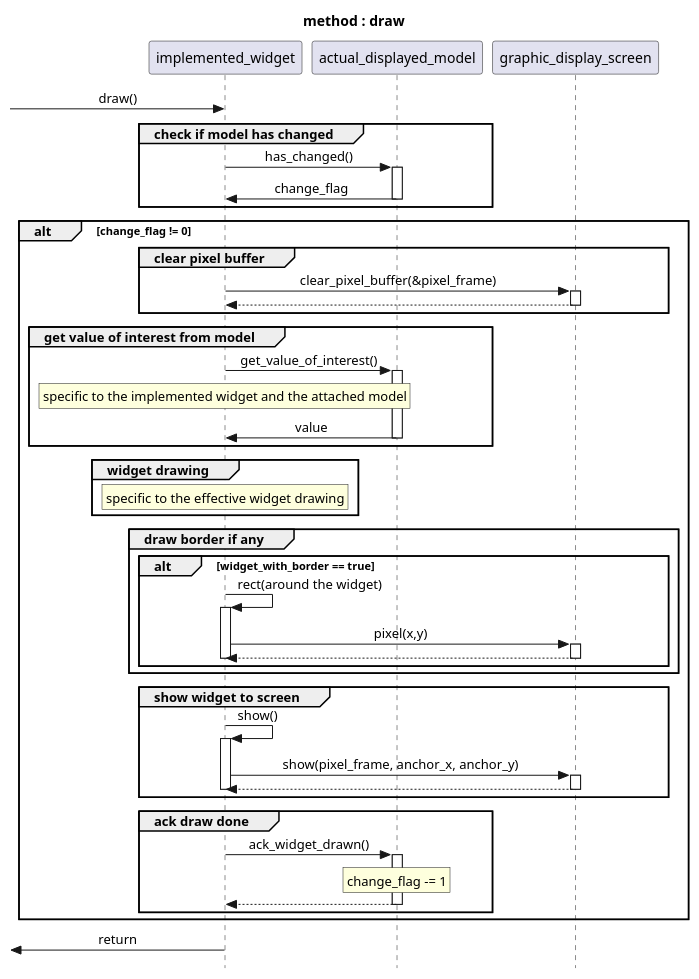
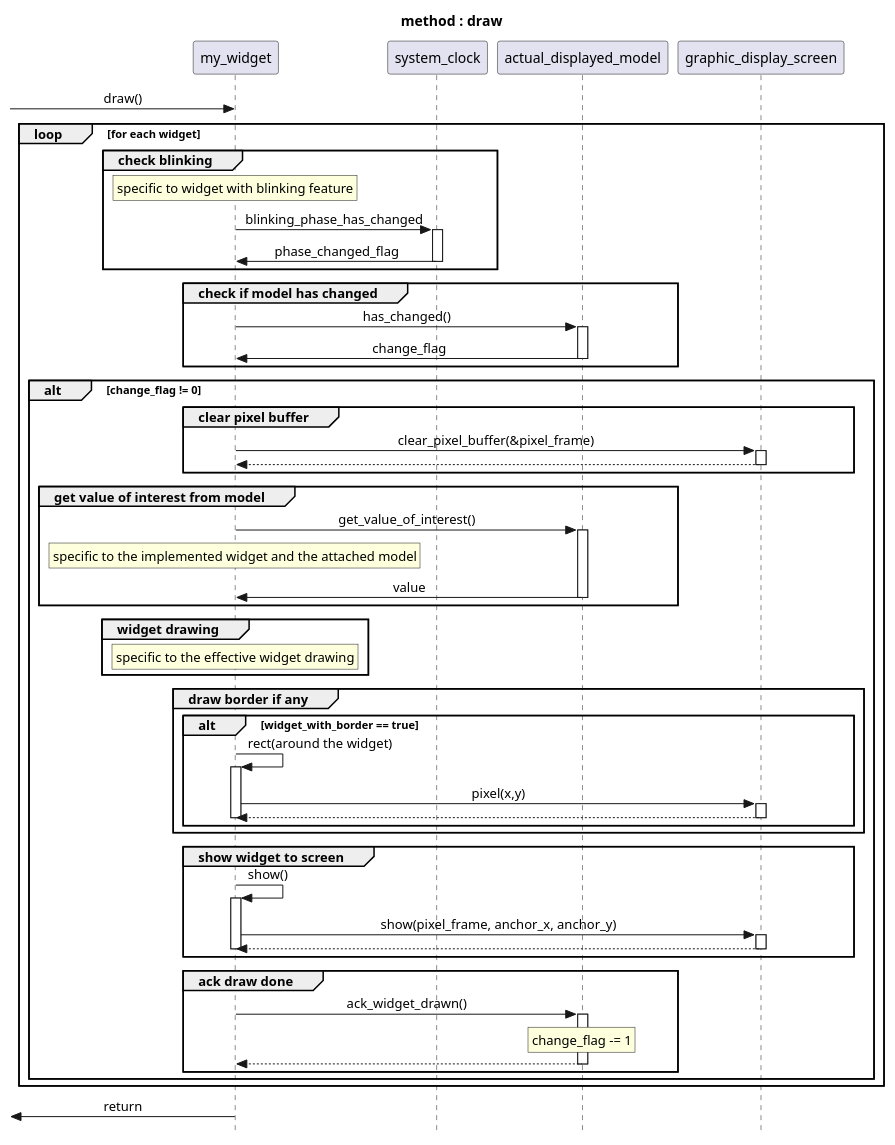
The diagram in docs/uml/draw_if_changed_scenario.puml (xiansnn/CPP_DevKit2), drawn with PlantUML before and after one commit. The commit also changed 1 other file, not shown here.

Commit message:
update uml

```diff
--- a/docs/uml/draw_if_changed_scenario.puml
+++ b/docs/uml/draw_if_changed_scenario.puml
@@ -1,48 +1,58 @@
 @startuml draw
 title method : draw
 skinparam style strictuml
 skinparam SequenceMessageAlignment center
-[-> implemented_widget : draw()
+
+[-> my_widget : draw()
+    
+loop for each widget
+group check blinking
+rnote over my_widget : specific to widget with blinking feature
+my_widget -> system_clock++ : blinking_phase_has_changed
+my_widget <- system_clock-- : phase_changed_flag
+end
+
+
 group check if model has changed
-actual_displayed_model <- implemented_widget ++: has_changed()
-actual_displayed_model -> implemented_widget --: change_flag
+actual_displayed_model <- my_widget ++: has_changed()
+actual_displayed_model -> my_widget --: change_flag
 end
 alt change_flag != 0
 
 group clear pixel buffer
-implemented_widget -> graphic_display_screen ++: clear_pixel_buffer(&pixel_frame)
+my_widget -> graphic_display_screen ++: clear_pixel_buffer(&pixel_frame)
 return
 end
 group get value of interest from model
-actual_displayed_model <- implemented_widget ++: get_value_of_interest()
-rnote over implemented_widget : specific to the implemented widget and the attached model
-actual_displayed_model -> implemented_widget --: value
+actual_displayed_model <- my_widget ++: get_value_of_interest()
+rnote over my_widget : specific to the implemented widget and the attached model
+actual_displayed_model -> my_widget --: value
 end
 group widget drawing
-rnote over implemented_widget : specific to the effective widget drawing
+rnote over my_widget : specific to the effective widget drawing
 end
 
 group draw border if any
 alt widget_with_border == true
-implemented_widget -> implemented_widget ++: rect(around the widget)
-implemented_widget -> graphic_display_screen ++: pixel(x,y)
+my_widget -> my_widget ++: rect(around the widget)
+my_widget -> graphic_display_screen ++: pixel(x,y)
 return
-deactivate implemented_widget
+deactivate my_widget
 end
 end
 group show widget to screen
-implemented_widget-> implemented_widget ++ : show()
-implemented_widget -> graphic_display_screen ++: show(pixel_frame, anchor_x, anchor_y)
+my_widget-> my_widget ++ : show()
+my_widget -> graphic_display_screen ++: show(pixel_frame, anchor_x, anchor_y)
 return
-deactivate implemented_widget
+deactivate my_widget
 end
 
 group ack draw done 
-implemented_widget -> actual_displayed_model ++: ack_widget_drawn()
+my_widget -> actual_displayed_model ++: ack_widget_drawn()
 rnote over actual_displayed_model : change_flag -= 1
 return
 end
-
 end
-[<- implemented_widget: return
+end
+[<- my_widget: return
 @enduml
```
